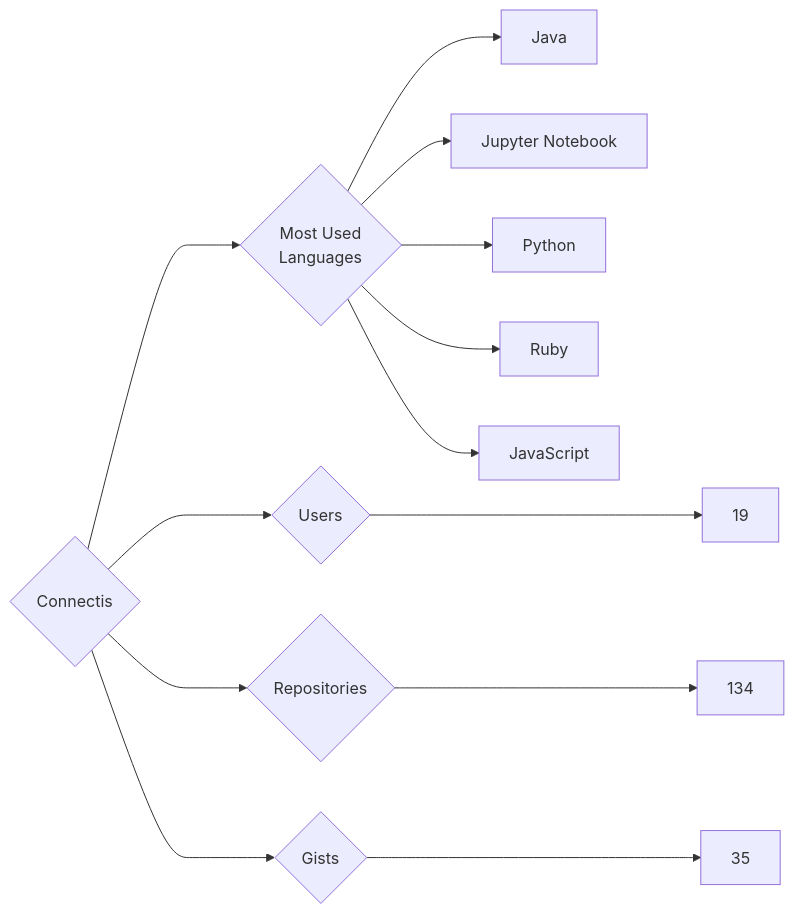
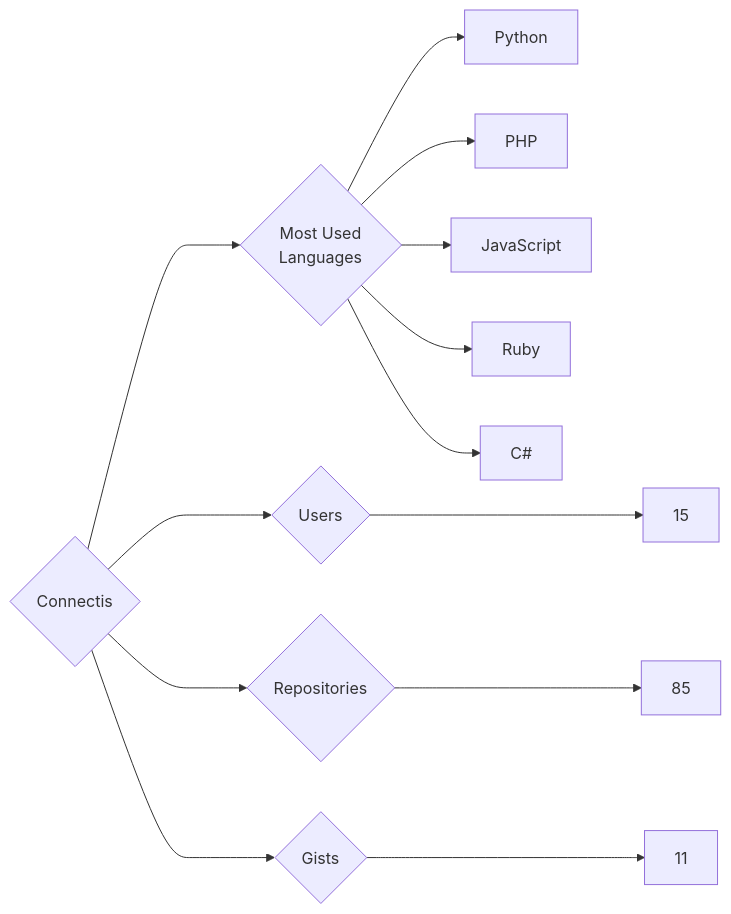
The diagram in targets/Connectis/README.md (trickest/insiders), drawn with Mermaid before and after one commit. The commit also changed 748 other files, not shown here.

````diff
--- a/targets/Connectis/README.md
+++ b/targets/Connectis/README.md
@@ -3,13 +3,13 @@
 ```mermaid
 graph LR
 COMPANY_NAME{Connectis}
-COMPANY_NAME ---> U{Users} ---> UN[19]
-COMPANY_NAME ---> R{Repositories} ---> RN[134]
-COMPANY_NAME ---> G{Gists} ---> GN[35]
+COMPANY_NAME ---> U{Users} ---> UN[15]
+COMPANY_NAME ---> R{Repositories} ---> RN[85]
+COMPANY_NAME ---> G{Gists} ---> GN[11]
 COMPANY_NAME ---> ML{Most Used<br>Languages}
-ML --> Java[Java]
-ML --> Jupyter_Notebook[Jupyter Notebook]
 ML --> Python[Python]
+ML --> PHP[PHP]
+ML --> JavaScript[JavaScript]
 ML --> Ruby[Ruby]
-ML --> JavaScript[JavaScript]
+ML --> C#[C#]
 ```
````
